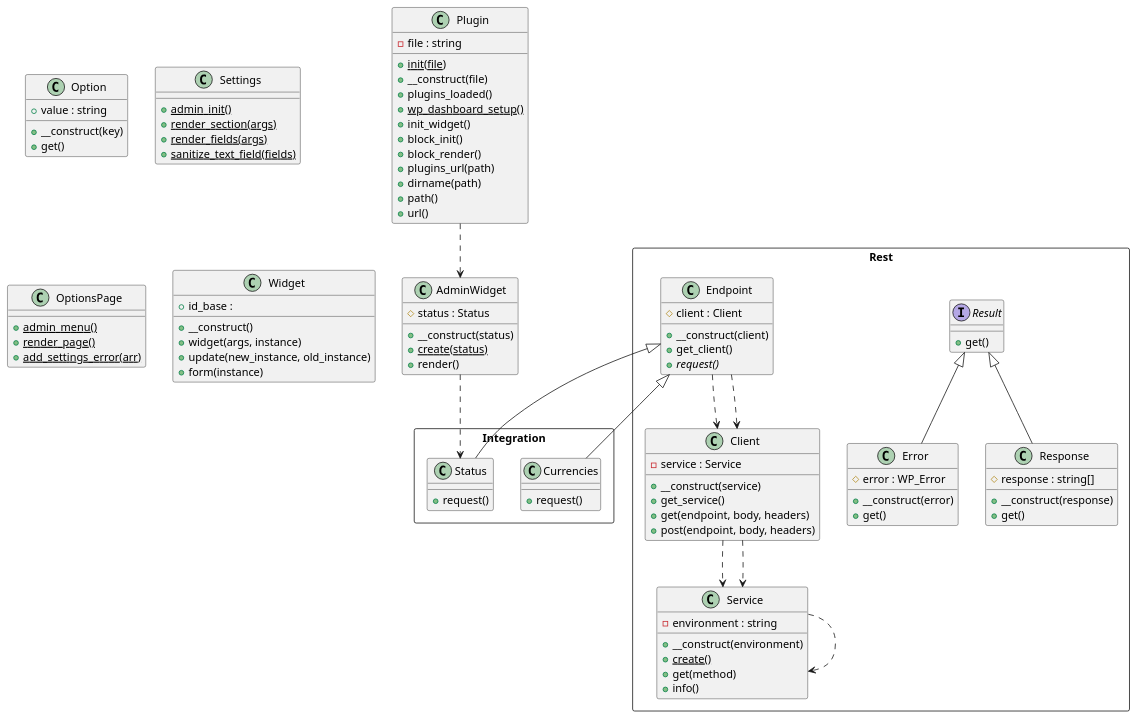
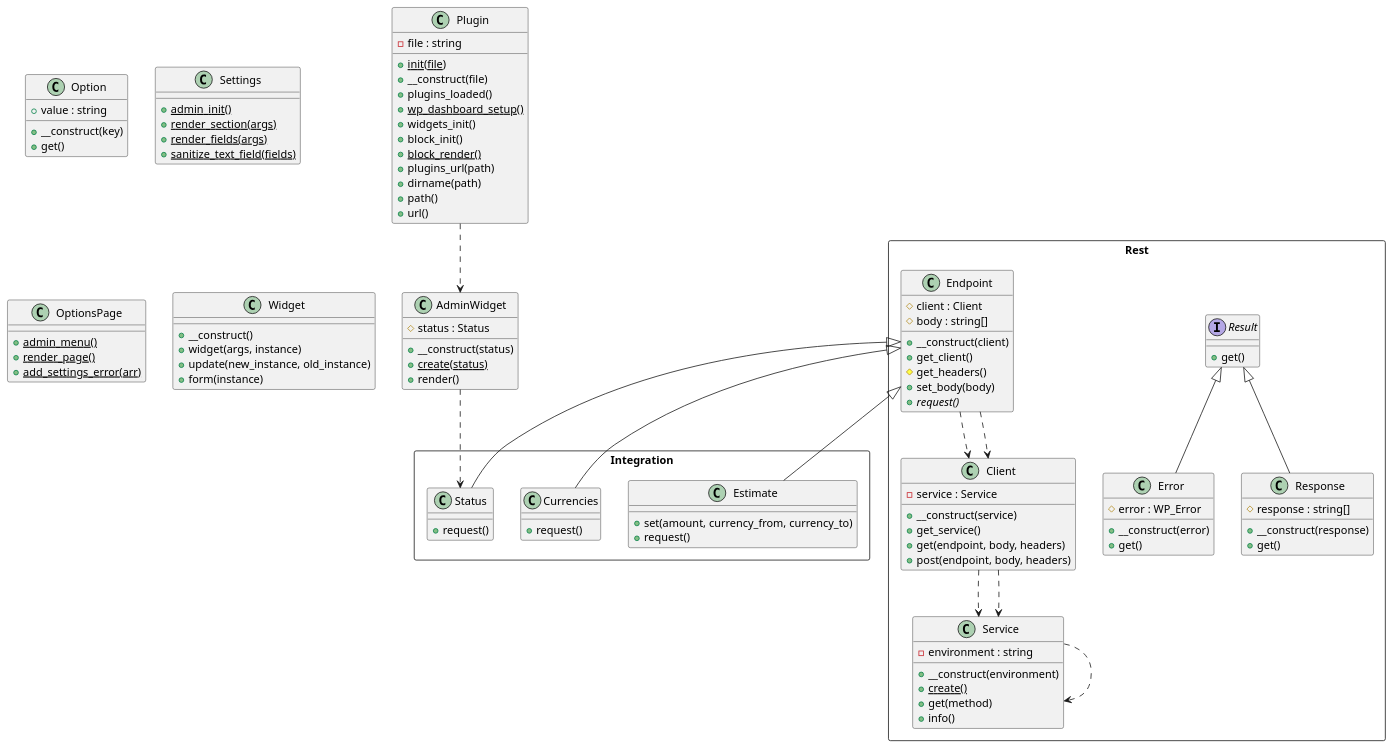
Before and after one commit to lloc/wp-nowpayments-integration: the diagram in plantuml_gist.puml, drawn with PlantUML.

Commit message:
DIAGRAM RECREATED

```diff
--- a/plantuml_gist.puml
+++ b/plantuml_gist.puml
@@ -1,99 +1,106 @@
 @startuml class-diagram
   class Option {
     +value : string
     +__construct(key)
     +get()
   }
   class Settings {
     {static} +admin_init()
     {static} +render_section(args)
     {static} +render_fields(args)
     {static} +sanitize_text_field(fields)
   }
   class Plugin {
     -file : string
     {static} +init(file)
     +__construct(file)
     +plugins_loaded()
     {static} +wp_dashboard_setup()
-    +init_widget()
+    +widgets_init()
     +block_init()
-    +block_render()
+    {static} +block_render()
     +plugins_url(path)
     +dirname(path)
     +path()
     +url()
   }
   class AdminWidget {
     #status : Status
     +__construct(status)
     {static} +create(status)
     +render()
   }
   class OptionsPage {
     {static} +admin_menu()
     {static} +render_page()
     {static} +add_settings_error(arr)
   }
   class Widget {
-    +id_base : 
     +__construct()
     +widget(args, instance)
     +update(new_instance, old_instance)
     +form(instance)
   }
   package Integration as Integration <<Rectangle>> {
     class Integration.Status {
       +request()
     }
     class Integration.Currencies {
+      +request()
+    }
+    class Integration.Estimate {
+      +set(amount, currency_from, currency_to)
       +request()
     }
   }
   package Rest as Rest <<Rectangle>> {
     interface Rest.Result {
       +get()
     }
     class Rest.Error {
       #error : WP_Error
       +__construct(error)
       +get()
     }
     class Rest.Service {
       -environment : string
       +__construct(environment)
       {static} +create()
       +get(method)
       +info()
     }
     class Rest.Client {
       -service : Service
       +__construct(service)
       +get_service()
       +get(endpoint, body, headers)
       +post(endpoint, body, headers)
     }
     class Rest.Response {
       #response : string[]
       +__construct(response)
       +get()
     }
     class Rest.Endpoint {
       #client : Client
+      #body : string[]
       +__construct(client)
       +get_client()
+      #get_headers()
+      +set_body(body)
       {abstract} +request()
     }
   }
   AdminWidget ..> Integration.Status
   Plugin ..> AdminWidget
   Rest.Client ..> Rest.Service
   Rest.Client ..> Rest.Service
   Rest.Endpoint ..> Rest.Client
   Rest.Endpoint ..> Rest.Client
   Rest.Endpoint <|-- Integration.Currencies
+  Rest.Endpoint <|-- Integration.Estimate
   Rest.Endpoint <|-- Integration.Status
   Rest.Result <|-- Rest.Error
   Rest.Result <|-- Rest.Response
   Rest.Service ..> Rest.Service
 @enduml
```
